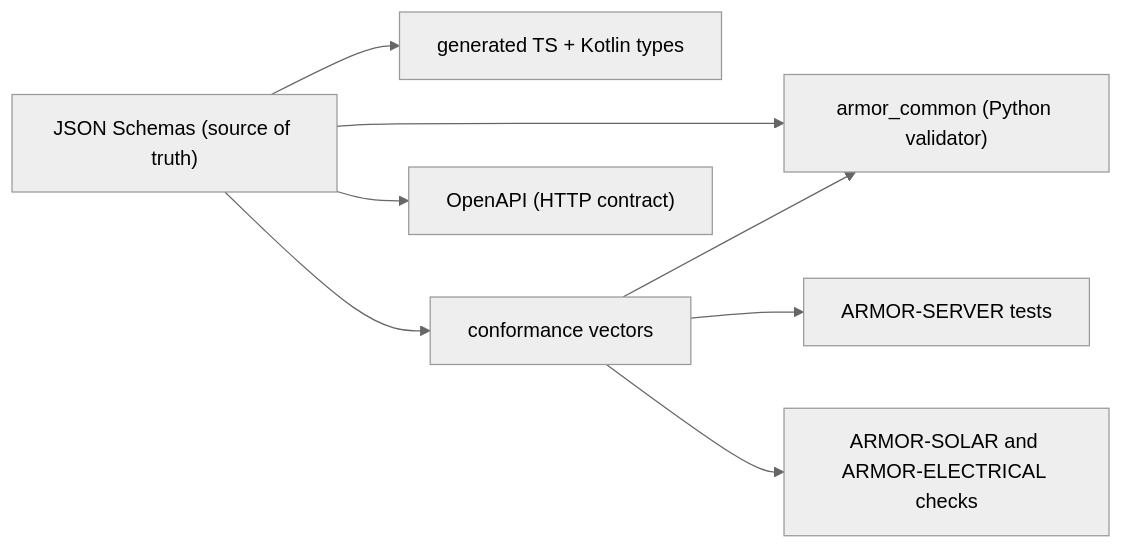
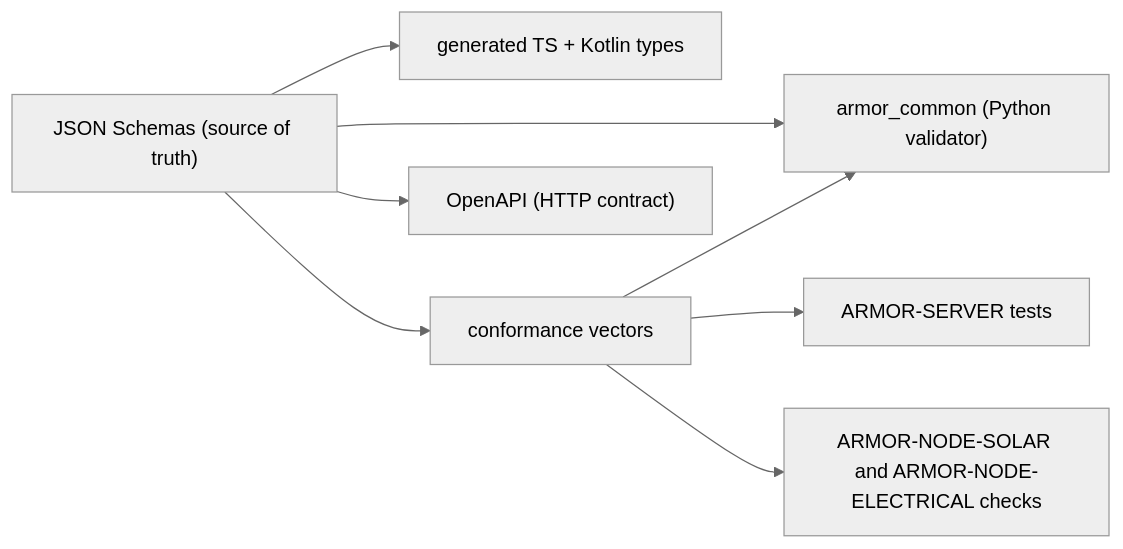
Before and after one commit to JuanenRac/ARMOR-COMMON: the diagram in README.md, drawn with Mermaid (neutral theme). The commit also changed other lines of this file and 35 other files, not shown here.

````diff
--- a/README.md
+++ b/README.md
@@ -67,10 +67,10 @@
 ```mermaid
 flowchart LR
     S["JSON Schemas (source of truth)"] --> P["armor_common (Python validator)"]
     S --> G["generated TS + Kotlin types"]
     S --> V["conformance vectors"]
     V --> P
     V --> T["ARMOR-SERVER tests"]
-    V --> X["ARMOR-SOLAR and ARMOR-ELECTRICAL checks"]
+    V --> X["ARMOR-NODE-SOLAR and ARMOR-NODE-ELECTRICAL checks"]
     S --> O["OpenAPI (HTTP contract)"]
 ```
````
